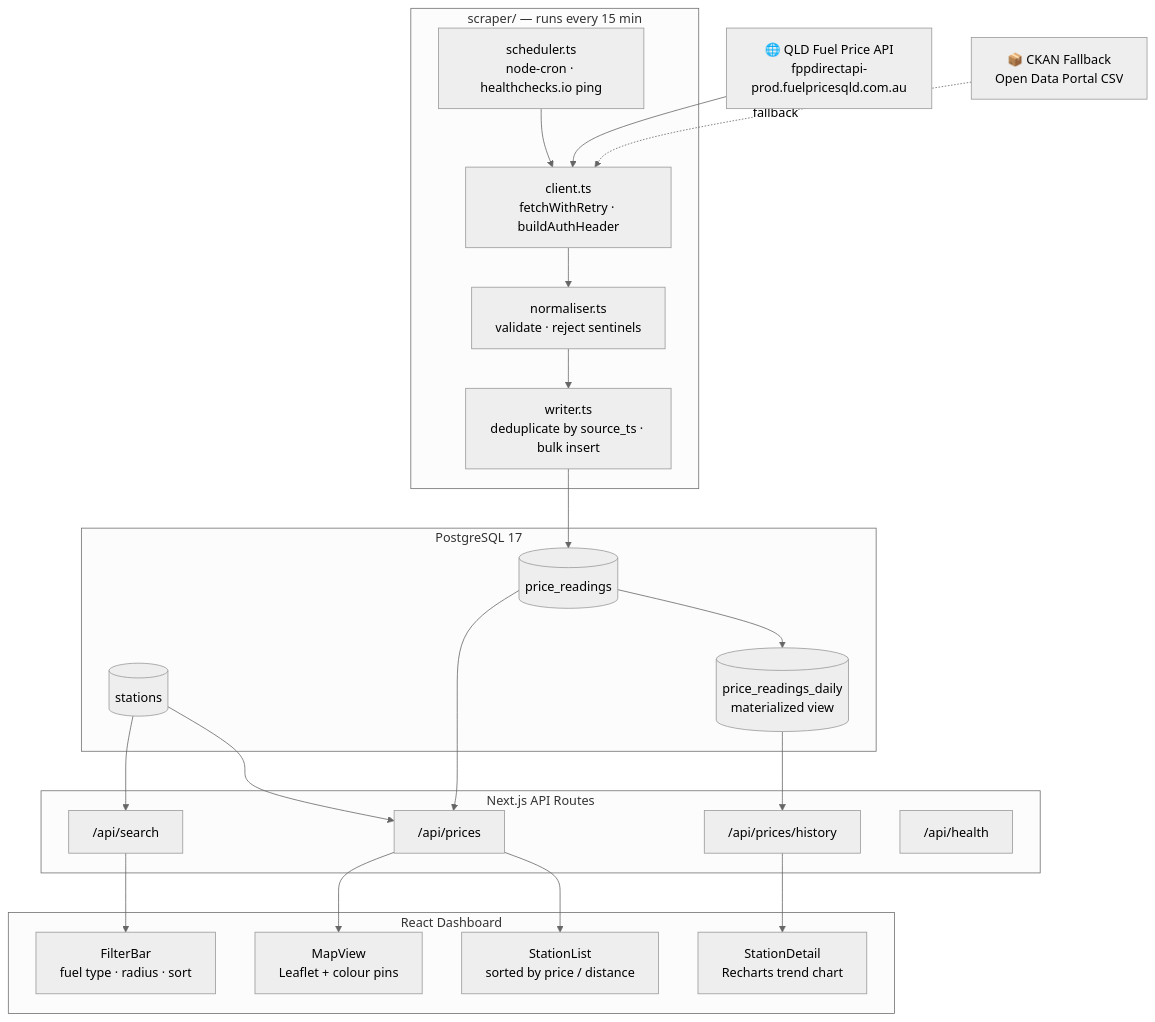
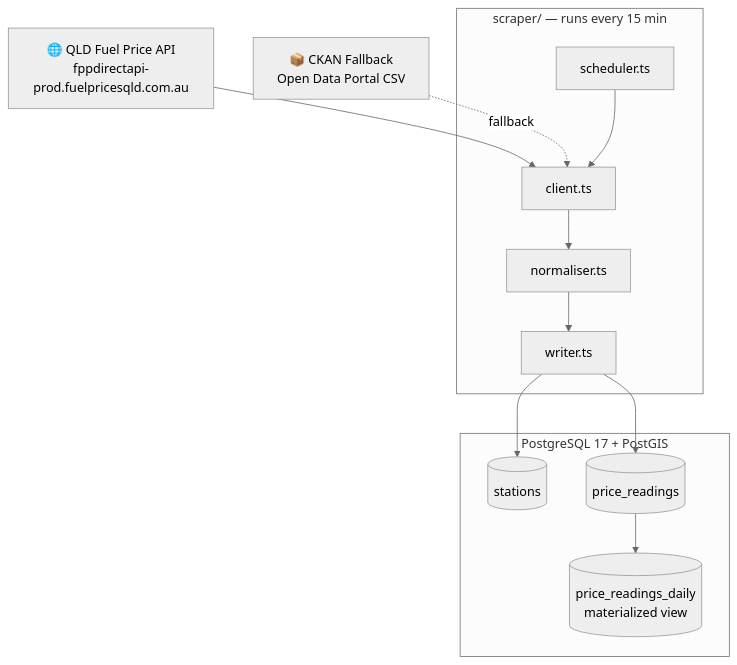
The diagram in fuelsniffer/README.md (ChristopherD-Anywise/FuelSniffer), drawn with Mermaid (neutral theme) before and after one commit. The commit also changed other lines of this file and 2 other files, not shown here.

````diff
--- a/fuelsniffer/README.md
+++ b/fuelsniffer/README.md
@@ -13,46 +17,25 @@
 ```mermaid
 graph TD
     QLD["🌐 QLD Fuel Price API\nfppdirectapi-prod.fuelpricesqld.com.au"]
     CKAN["📦 CKAN Fallback\nOpen Data Portal CSV"]
 
     subgraph Scraper ["scraper/ — runs every 15 min"]
-        CLIENT["client.ts\nfetchWithRetry · buildAuthHeader"]
-        NORM["normaliser.ts\nvalidate · reject sentinels"]
-        WRITER["writer.ts\ndeduplicate by source_ts · bulk insert"]
-        SCHED["scheduler.ts\nnode-cron · healthchecks.io ping"]
+        CLIENT["client.ts"]
+        NORM["normaliser.ts"]
+        WRITER["writer.ts"]
+        SCHED["scheduler.ts"]
     end
 
-    subgraph DB ["PostgreSQL 17"]
+    subgraph DB ["PostgreSQL 17 + PostGIS"]
         STATIONS[("stations")]
         PRICES[("price_readings")]
         DAILY[("price_readings_daily\nmaterialized view")]
     end
 
-    subgraph API ["Next.js API Routes"]
-        P_API["/api/prices"]
-        H_API["/api/prices/history"]
-        S_API["/api/search"]
-        HLT["/api/health"]
-    end
-
-    subgraph UI ["React Dashboard"]
-        MAP["MapView\nLeaflet + colour pins"]
-        LIST["StationList\nsorted by price / distance"]
-        DETAIL["StationDetail\nRecharts trend chart"]
-        FILTER["FilterBar\nfuel type · radius · sort"]
-    end
-
     QLD --> CLIENT
-    CKAN -.->|fallback| CLIENT
-    CLIENT --> NORM --> WRITER --> PRICES
+    CKAN -.->|"fallback"| CLIENT
+    CLIENT --> NORM --> WRITER --> STATIONS
+    WRITER --> PRICES
+    PRICES --> DAILY
     SCHED --> CLIENT
-    PRICES --> DAILY
-    STATIONS --> P_API
-    PRICES --> P_API
-    DAILY --> H_API
-    STATIONS --> S_API
-    P_API --> LIST
-    P_API --> MAP
-    H_API --> DETAIL
-    S_API --> FILTER
 ```
````
